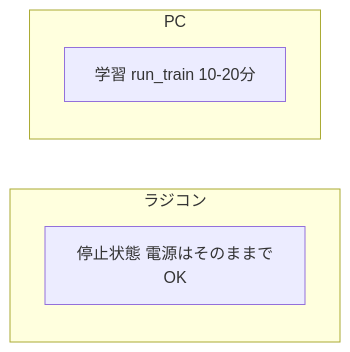
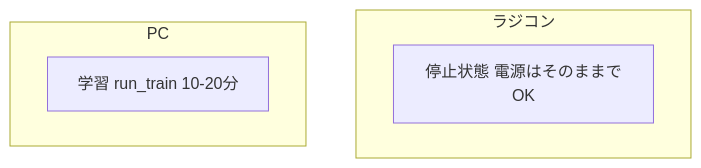
One commit to KwikHangout/AI-RC changed the third of 6 diagrams in SkipCity2024/doc/content/environment/jetson.md. Above: the diagram before and after it, drawn with Mermaid. The commit also changed other lines of this file and 6 other files, not shown here.

````diff
--- a/SkipCity2024/doc/content/environment/jetson.md
+++ b/SkipCity2024/doc/content/environment/jetson.md
@@ -92,11 +111,11 @@
     ```mermaid
-    graph LR
+    graph TB
 
     subgraph ラジコン
       state[停止状態 電源はそのままでOK]
     end
 
     subgraph PC
       train[学習 run_train 10-20分]
     end
     ```
````
